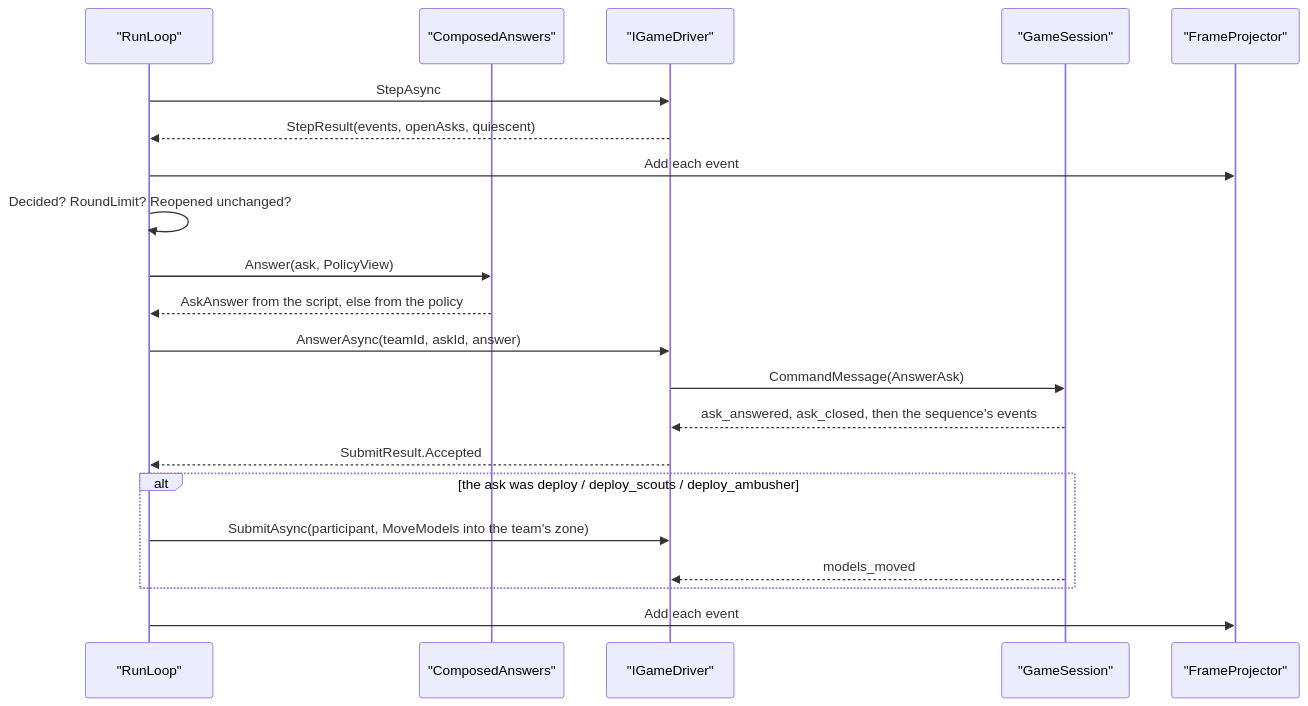
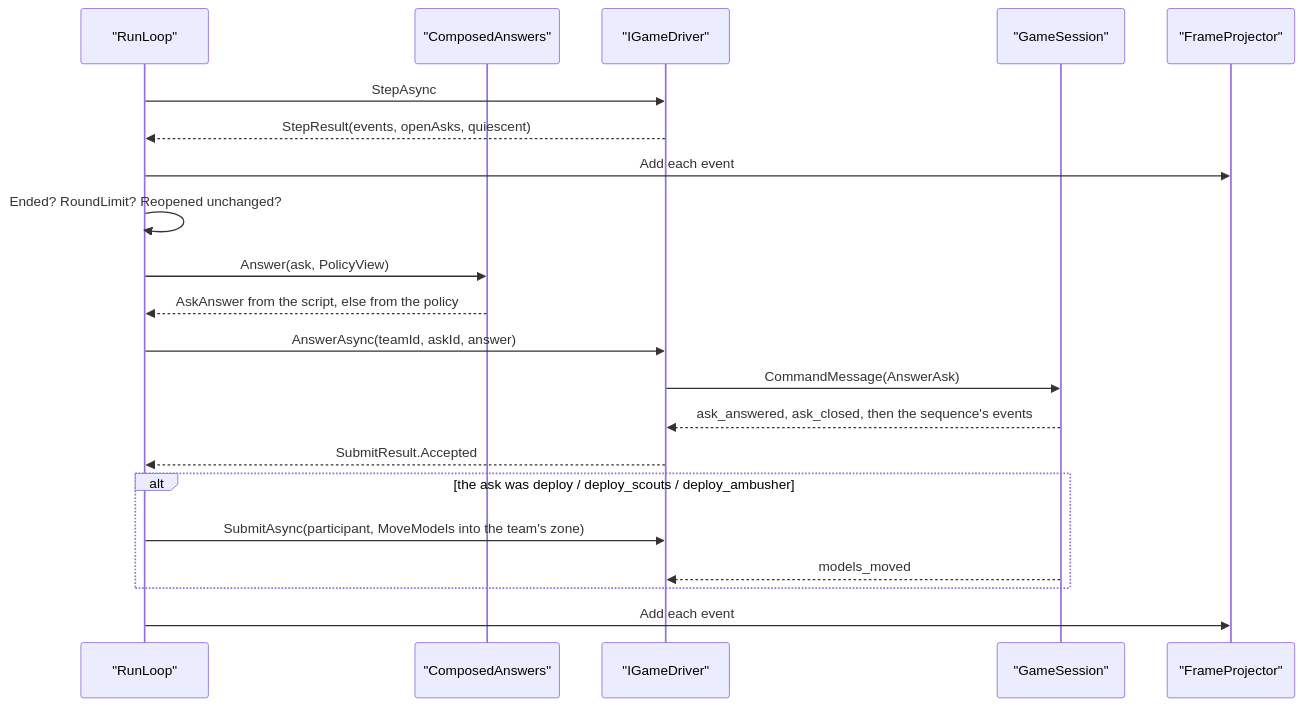
Before and after one commit to cstupi/tabletop: the eighth of 11 diagrams in docs/design/simulation/design.md, drawn with Mermaid. The commit also changed other lines of this file and 18 other files, not shown here.

````diff
--- a/docs/design/simulation/design.md
+++ b/docs/design/simulation/design.md
@@ -941,24 +938,24 @@
 ```mermaid
 sequenceDiagram
     participant L as "RunLoop"
     participant Src as "ComposedAnswers"
     participant D as "IGameDriver"
     participant S as "GameSession"
     participant P as "FrameProjector"
 
     L->>D: StepAsync
     D-->>L: StepResult(events, openAsks, quiescent)
     L->>P: Add each event
-    L->>L: Decided? RoundLimit? Reopened unchanged?
+    L->>L: Ended? RoundLimit? Reopened unchanged?
     L->>Src: Answer(ask, PolicyView)
     Src-->>L: AskAnswer from the script, else from the policy
     L->>D: AnswerAsync(teamId, askId, answer)
     D->>S: CommandMessage(AnswerAsk)
     S-->>D: ask_answered, ask_closed, then the sequence's events
     D-->>L: SubmitResult.Accepted
     alt the ask was deploy / deploy_scouts / deploy_ambusher
         L->>D: SubmitAsync(participant, MoveModels into the team's zone)
         S-->>D: models_moved
     end
     L->>P: Add each event
 ```
````
